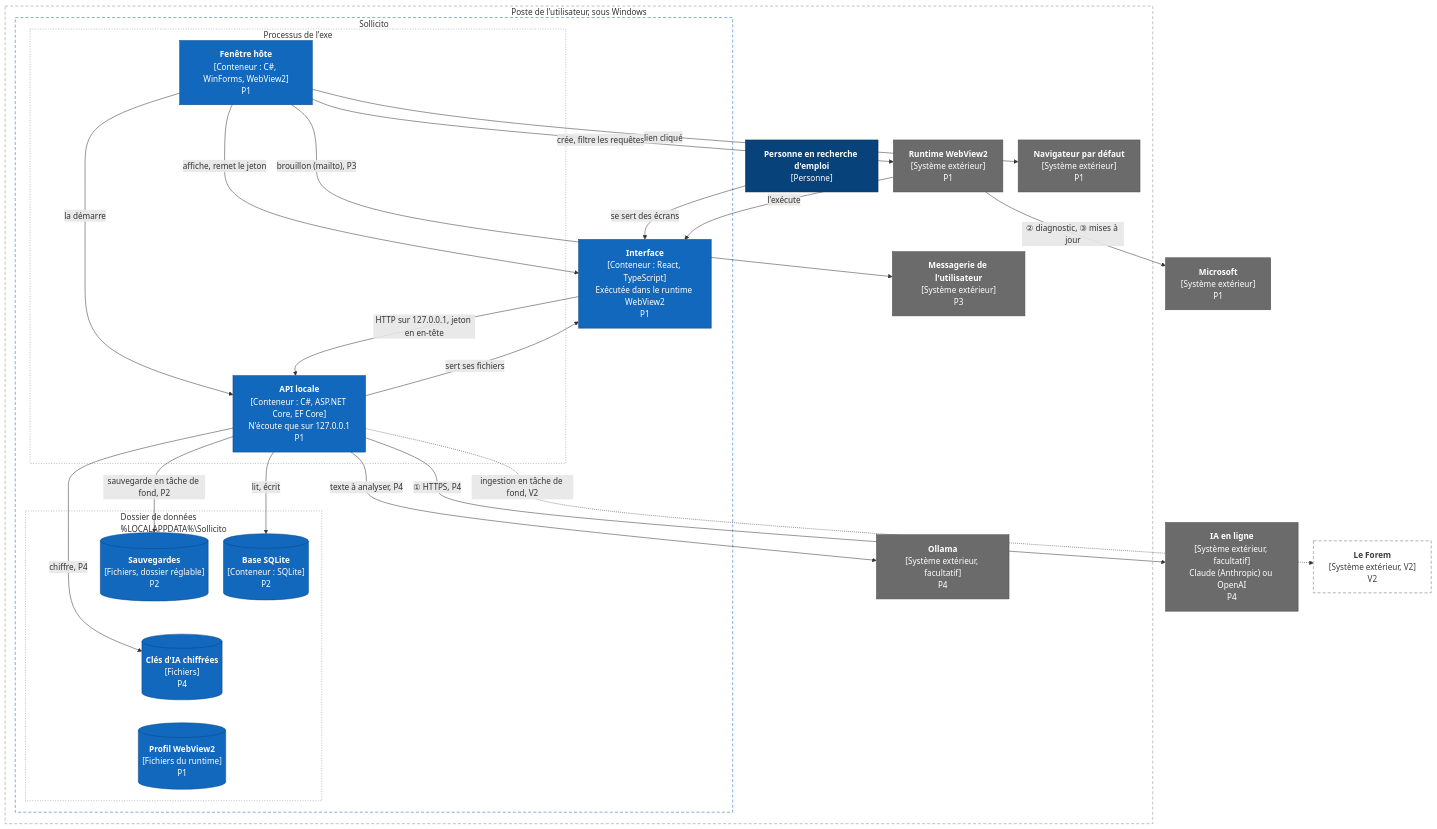
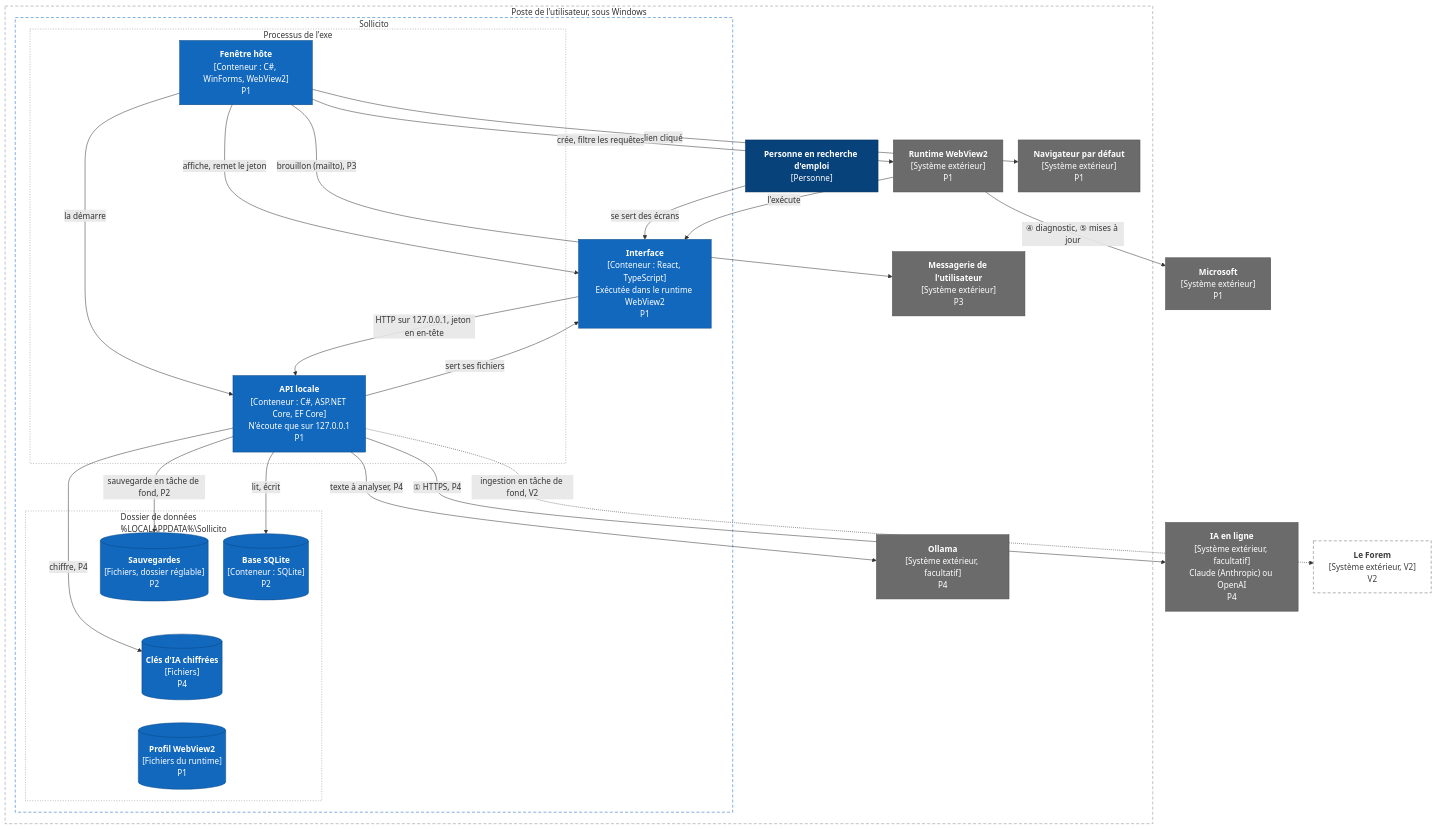
Before and after one commit to moonn1000/sollicito: the second of 2 diagrams in docs/vues-d-architecture.md, drawn with Mermaid. The commit also changed other lines of this file and 85 other files, not shown here.

````diff
--- a/docs/vues-d-architecture.md
+++ b/docs/vues-d-architecture.md
@@ -82,65 +88,65 @@
 ```mermaid
 ---
 config:
   flowchart:
     nodeSpacing: 30
     rankSpacing: 45
 ---
 flowchart TB
     subgraph poste["Poste de l'utilisateur, sous Windows"]
         personne["<b>Personne en recherche d'emploi</b><br>[Personne]"]
         subgraph sollicito["Sollicito"]
             interface["<b>Interface</b><br>[Conteneur : React, TypeScript]<br>Exécutée dans le runtime WebView2<br>P1"]
             subgraph processus["Processus de l'exe"]
                 fenetre["<b>Fenêtre hôte</b><br>[Conteneur : C#, WinForms, WebView2]<br>P1"]
                 api["<b>API locale</b><br>[Conteneur : C#, ASP.NET Core, EF Core]<br>N'écoute que sur 127.0.0.1<br>P1"]
             end
             subgraph donnees["Dossier de données<br>%LOCALAPPDATA%\Sollicito"]
                 base[("<b>Base SQLite</b><br>[Conteneur : SQLite]<br>P2")]
                 cles[("<b>Clés d'IA chiffrées</b><br>[Fichiers]<br>P4")]
                 profil[("<b>Profil WebView2</b><br>[Fichiers du runtime]<br>P1")]
                 sauvegardes[("<b>Sauvegardes</b><br>[Fichiers, dossier réglable]<br>P2")]
             end
         end
         runtime["<b>Runtime WebView2</b><br>[Système extérieur]<br>P1"]
         navigateur["<b>Navigateur par défaut</b><br>[Système extérieur]<br>P1"]
         messagerie["<b>Messagerie de l'utilisateur</b><br>[Système extérieur]<br>P3"]
         ollama["<b>Ollama</b><br>[Système extérieur, facultatif]<br>P4"]
     end
 
     ia["<b>IA en ligne</b><br>[Système extérieur, facultatif]<br>Claude (Anthropic) ou OpenAI<br>P4"]
     microsoft["<b>Microsoft</b><br>[Système extérieur]<br>P1"]
     forem["<b>Le Forem</b><br>[Système extérieur, V2]<br>V2"]
 
     personne -- "se sert des écrans" --> interface
     fenetre -- "la démarre" --> api
     fenetre -- "affiche, remet le jeton" --> interface
     interface -- "HTTP sur 127.0.0.1, jeton en en-tête" --> api
     api -- "sert ses fichiers" --> interface
     fenetre -- "crée, filtre les requêtes" --> runtime
     runtime -- "l'exécute" --> interface
     api -- "lit, écrit" --> base
     api -- "chiffre, P4" --> cles
     api -- "sauvegarde en tâche de fond, P2" --> sauvegardes
     fenetre -- "lien cliqué" --> navigateur
     fenetre -- "brouillon (mailto), P3" --> messagerie
     api -- "texte à analyser, P4" --> ollama
     api -- "① HTTPS, P4" --> ia
-    runtime -- "② diagnostic, ③ mises à jour" --> microsoft
+    runtime -- "④ diagnostic, ⑤ mises à jour" --> microsoft
     api -. "ingestion en tâche de fond, V2" .-> forem
     base ~~~ cles ~~~ profil
     navigateur ~~~ messagerie
 
     classDef personne fill:#08427b,stroke:#052e56,color:#ffffff
     classDef conteneur fill:#1168bd,stroke:#0b4884,color:#ffffff
     classDef exterieur fill:#6b6b6b,stroke:#4d4d4d,color:#ffffff
     classDef v2 fill:#ffffff,stroke:#6b6b6b,color:#3d3d3d,stroke-dasharray:6 4
     class personne personne
     class fenetre,api,interface,base,profil,cles,sauvegardes conteneur
     class runtime,navigateur,messagerie,ollama,ia,microsoft exterieur
     class forem v2
     style poste fill:none,stroke:#888888,stroke-dasharray:6 4
     style sollicito fill:none,stroke:#1168bd,stroke-dasharray:6 4
     style processus fill:none,stroke:#888888,stroke-dasharray:2 3
     style donnees fill:none,stroke:#888888,stroke-dasharray:2 3
 ```
````
